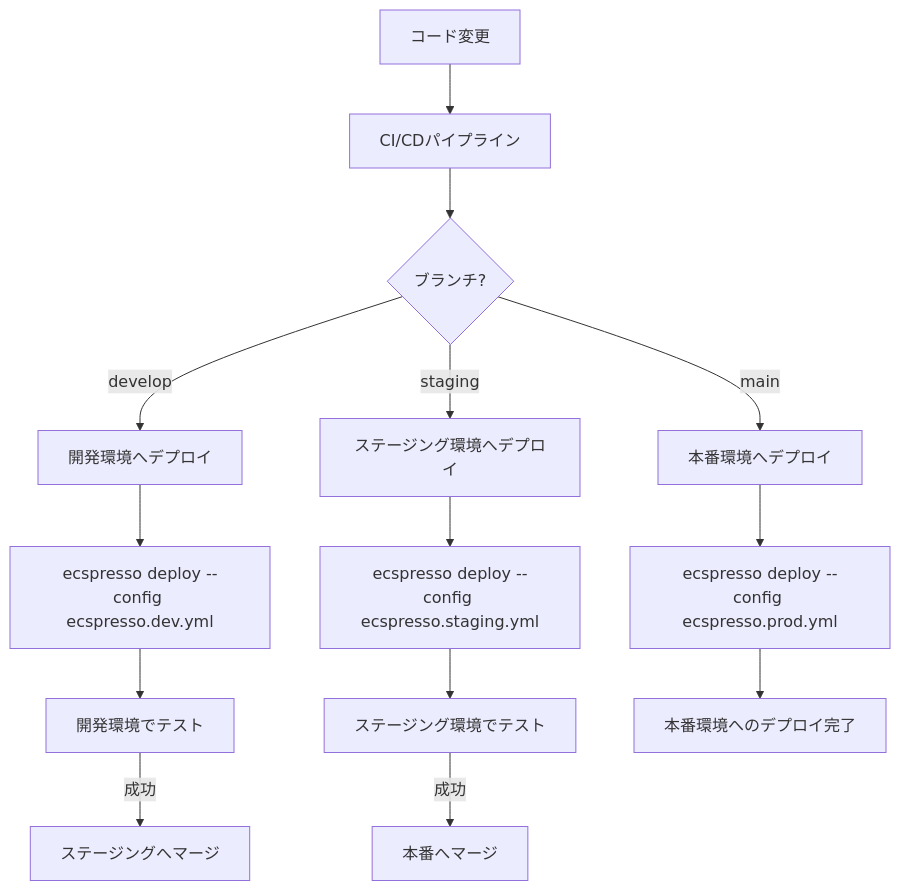
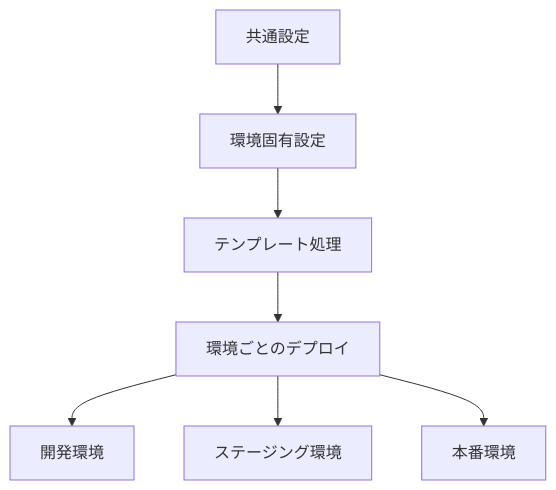
The diagram in ecspresso/practical/multi-env.md (bufferings/devin-docs), drawn with Mermaid before and after one commit. The commit also changed other lines of this file and 12 other files, not shown here.

````diff
--- a/ecspresso/practical/multi-env.md
+++ b/ecspresso/practical/multi-env.md
@@ -141,16 +205,9 @@
 ```mermaid
 graph TD
-    A[コード変更] --> B[CI/CDパイプライン]
-    B --> C{ブランチ?}
-    C -->|develop| D[開発環境へデプロイ]
-    C -->|staging| E[ステージング環境へデプロイ]
-    C -->|main| F[本番環境へデプロイ]
-    D --> G[ecspresso deploy --config ecspresso.dev.yml]
-    E --> H[ecspresso deploy --config ecspresso.staging.yml]
-    F --> I[ecspresso deploy --config ecspresso.prod.yml]
-    G --> J[開発環境でテスト]
-    H --> K[ステージング環境でテスト]
-    I --> L[本番環境へのデプロイ完了]
-    J -->|成功| M[ステージングへマージ]
-    K -->|成功| N[本番へマージ]
+  A[共通設定] --> B[環境固有設定]
+  B --> C[テンプレート処理]
+  C --> D[環境ごとのデプロイ]
+  D --> E1[開発環境]
+  D --> E2[ステージング環境]
+  D --> E3[本番環境]
 ```
````
